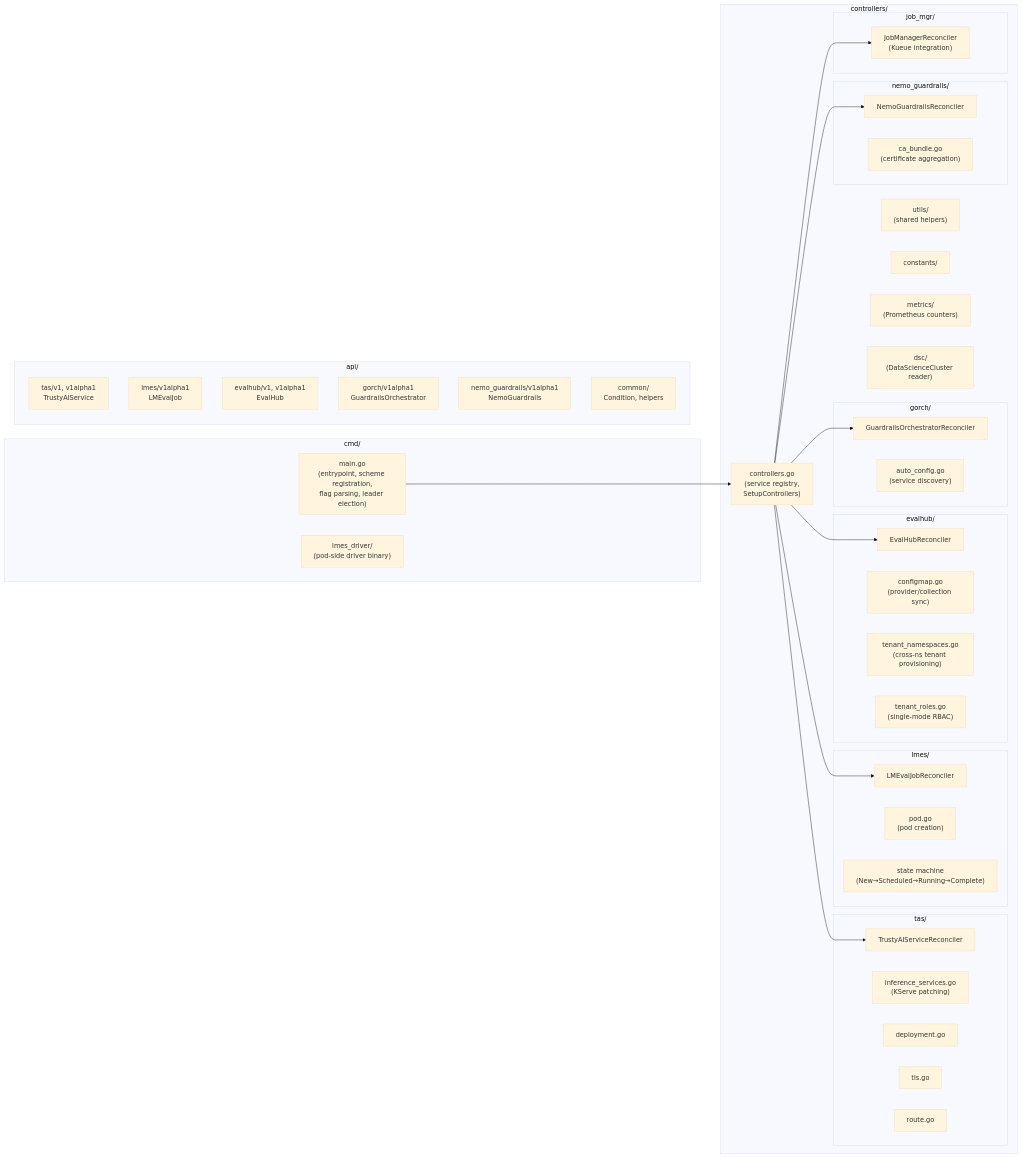
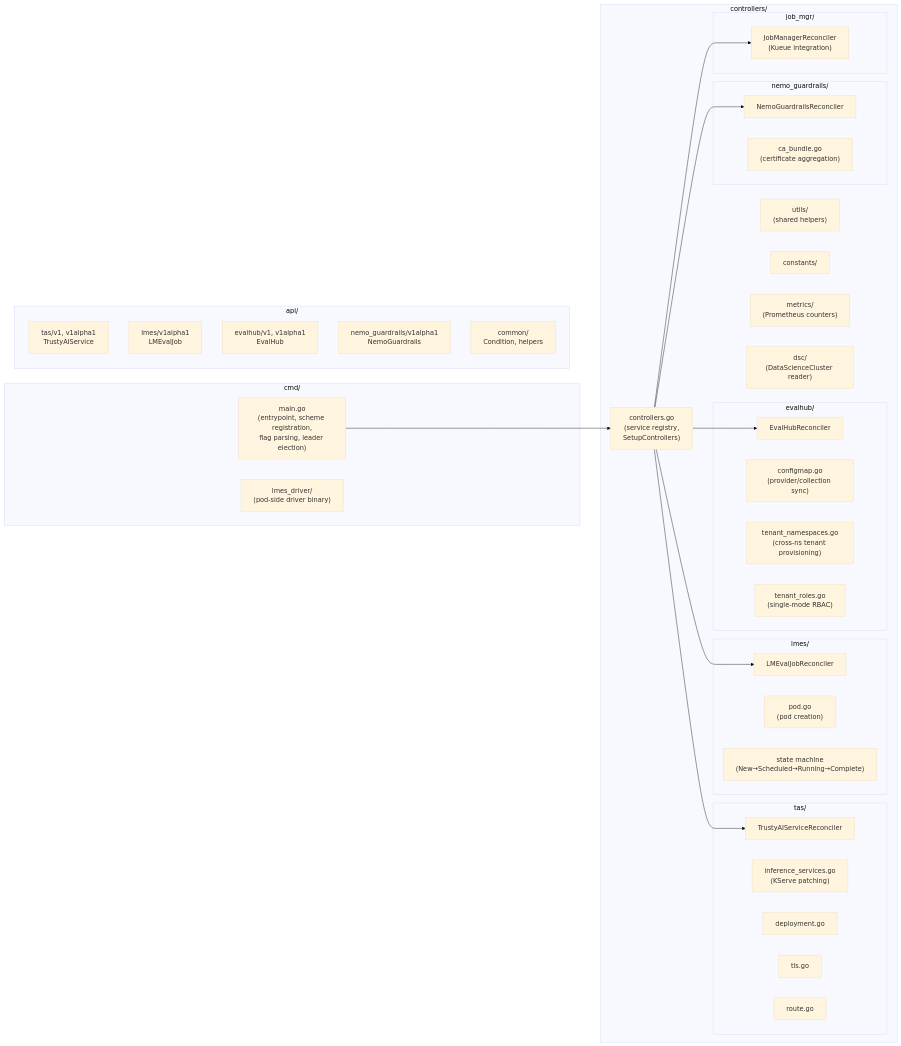
One commit to trustyai-explainability/trustyai-service-operator changed the third of 8 diagrams in ARCHITECTURE.md. Above: the diagram before and after it, drawn with Mermaid (base theme). The commit also changed other lines of this file and 97 other files, not shown here.

````diff
--- a/ARCHITECTURE.md
+++ b/ARCHITECTURE.md
@@ -95,68 +87,61 @@
 ```mermaid
 flowchart LR
     subgraph cmd["cmd/"]
         main["main.go\n(entrypoint, scheme registration,\nflag parsing, leader election)"]
         driver["lmes_driver/\n(pod-side driver binary)"]
     end
 
     subgraph controllers["controllers/"]
         registry["controllers.go\n(service registry,\nSetupControllers)"]
 
         subgraph tas_ctrl["tas/"]
             tas_rec["TrustyAIServiceReconciler"]
             tas_isvc["inference_services.go\n(KServe patching)"]
             tas_deploy["deployment.go"]
             tas_tls["tls.go"]
             tas_route["route.go"]
         end
 
         subgraph lmes_ctrl["lmes/"]
             lmes_rec["LMEvalJobReconciler"]
             lmes_pod["pod.go\n(pod creation)"]
             lmes_state["state machine\n(New→Scheduled→Running→Complete)"]
         end
 
         subgraph evalhub_ctrl["evalhub/"]
             evalhub_rec["EvalHubReconciler"]
             evalhub_providers["configmap.go\n(provider/collection sync)"]
             evalhub_tenants["tenant_namespaces.go\n(cross-ns tenant provisioning)"]
             evalhub_roles["tenant_roles.go\n(single-mode RBAC)"]
         end
 
-        subgraph gorch_ctrl["gorch/"]
-            gorch_rec["GuardrailsOrchestratorReconciler"]
-            gorch_autoconfig["auto_config.go\n(service discovery)"]
-        end
-
         subgraph nemo_ctrl["nemo_guardrails/"]
             nemo_rec["NemoGuardrailsReconciler"]
             nemo_ca["ca_bundle.go\n(certificate aggregation)"]
         end
 
         subgraph job_mgr_ctrl["job_mgr/"]
             job_mgr_rec["JobManagerReconciler\n(Kueue integration)"]
         end
 
         utils["utils/\n(shared helpers)"]
         constants["constants/"]
         metrics["metrics/\n(Prometheus counters)"]
         dsc_pkg["dsc/\n(DataScienceCluster reader)"]
     end
 
     subgraph api["api/"]
         tas_types["tas/v1, v1alpha1\nTrustyAIService"]
         lmes_types["lmes/v1alpha1\nLMEvalJob"]
         evalhub_types["evalhub/v1, v1alpha1\nEvalHub"]
-        gorch_types["gorch/v1alpha1\nGuardrailsOrchestrator"]
         nemo_types["nemo_guardrails/v1alpha1\nNemoGuardrails"]
         common["common/\nCondition, helpers"]
     end
 
     main --> registry
     registry --> tas_rec
     registry --> lmes_rec
     registry --> evalhub_rec
-    registry --> gorch_rec
     registry --> nemo_rec
     registry --> job_mgr_rec
 ```
````
